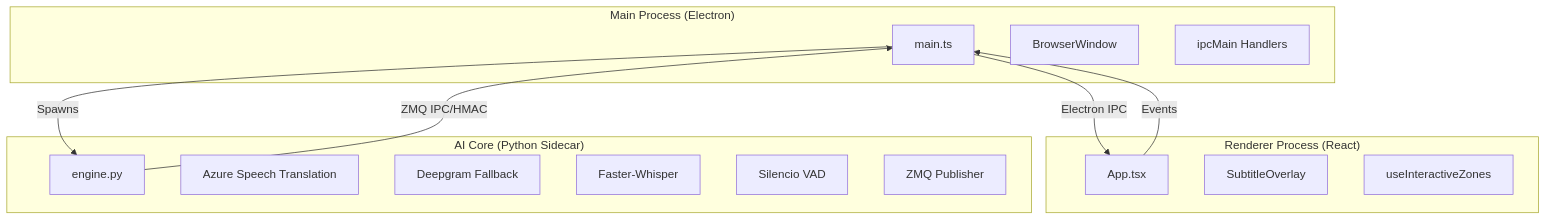
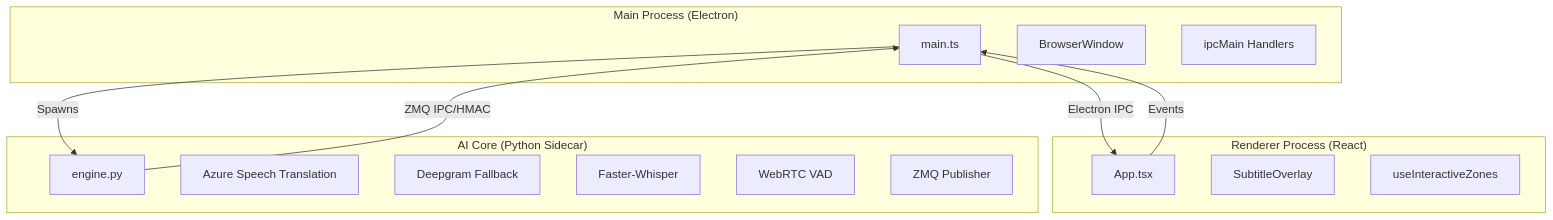
The diagram in ARCHITECTURE.md (senoldogann/Live-Translate), drawn with Mermaid before and after one commit. The commit also changed other lines of this file and 7 other files, not shown here.

````diff
--- a/ARCHITECTURE.md
+++ b/ARCHITECTURE.md
@@ -13,28 +11,28 @@
 ```mermaid
 graph TB
     subgraph "Main Process (Electron)"
         Main[main.ts]
         Window[BrowserWindow]
         IPC_M[ipcMain Handlers]
     end
 
     subgraph "Renderer Process (React)"
         App[App.tsx]
         Overlay[SubtitleOverlay]
         Hook[useInteractiveZones]
     end
 
     subgraph "AI Core (Python Sidecar)"
         Engine[engine.py]
         Azure[Azure Speech Translation]
         Deepgram[Deepgram Fallback]
         Whisper[Faster-Whisper]
-        VAD[Silencio VAD]
+        VAD[WebRTC VAD]
         ZMQ_Pub[ZMQ Publisher]
     end
 
     Main -->|Spawns| Engine
     Engine -->|ZMQ IPC/HMAC| Main
     Main -->|Electron IPC| App
     App -->|Events| Main
 ```
````
